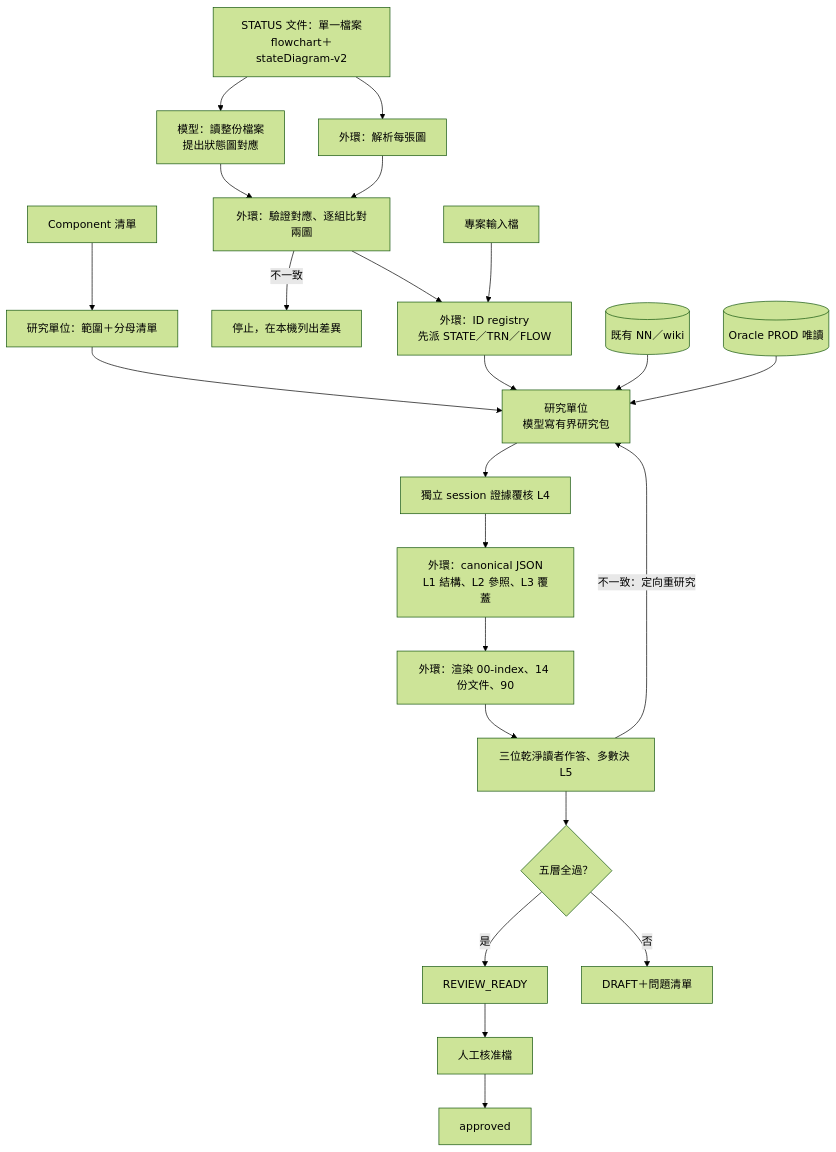
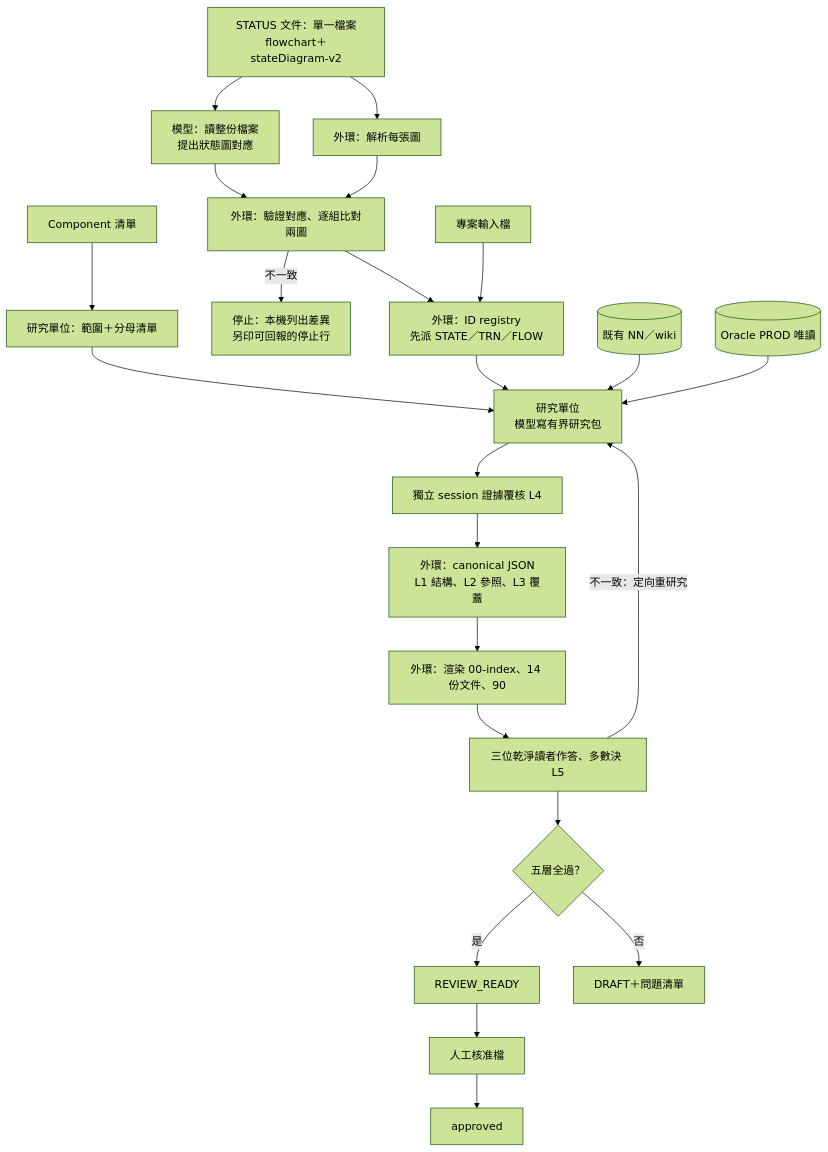
Before and after one commit to jonny50905/MCPSample: the first of 3 diagrams in docs/design/spec-schema-framework.md, drawn with Mermaid (forest theme). The commit also changed other lines of this file and 26 other files, not shown here.

````diff
--- a/docs/design/spec-schema-framework.md
+++ b/docs/design/spec-schema-framework.md
@@ -62,24 +66,24 @@
 ```mermaid
 flowchart TD
     C[Component 清單] --> SCOPE
     S[STATUS 文件：單一檔案<br/>flowchart＋stateDiagram-v2] --> MAP[模型：讀整份檔案<br/>提出狀態圖對應]
     S --> PARSE[外環：解析每張圖]
     MAP --> CHECK[外環：驗證對應、逐組比對兩圖]
     PARSE --> CHECK
-    CHECK -->|不一致| STOP[停止，在本機列出差異]
+    CHECK -->|不一致| STOP[停止：本機列出差異<br/>另印可回報的停止行]
     CHECK --> REG[外環：ID registry<br/>先派 STATE／TRN／FLOW]
     P[專案輸入檔] --> REG
     REG --> UNITS
     SCOPE[研究單位：範圍＋分母清單] --> UNITS[研究單位<br/>模型寫有界研究包]
     K[(既有 NN／wiki)] --> UNITS
     O[(Oracle PROD 唯讀)] --> UNITS
     UNITS --> REVIEW[獨立 session 證據覆核 L4]
     REVIEW --> CANON[外環：canonical JSON<br/>L1 結構、L2 參照、L3 覆蓋]
     CANON --> RENDER[外環：渲染 00-index、14 份文件、90]
     RENDER --> READER[三位乾淨讀者作答、多數決 L5]
     READER -->|不一致：定向重研究| UNITS
     READER --> GATE{五層全過？}
     GATE -->|是| RR[REVIEW_READY]
     GATE -->|否| DRAFT[DRAFT＋問題清單]
     RR --> HUMAN[人工核准檔] --> APPROVED[approved]
 ```
````
